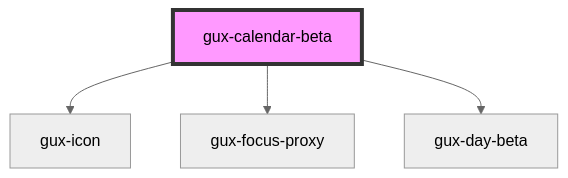
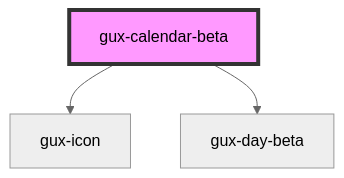
The diagram in packages/genesys-spark-components/src/components/beta/gux-calendar-beta/readme.md (MyPureCloud/genesys-spark), drawn with Mermaid (neutral theme) before and after one commit. The commit also changed other lines of this file and 4 other files, not shown here.

````diff
--- a/packages/genesys-spark-components/src/components/beta/gux-calendar-beta/readme.md
+++ b/packages/genesys-spark-components/src/components/beta/gux-calendar-beta/readme.md
@@ -17,7 +36,6 @@
 ```mermaid
 graph TD;
   gux-calendar-beta --> gux-icon
-  gux-calendar-beta --> gux-focus-proxy
   gux-calendar-beta --> gux-day-beta
   style gux-calendar-beta fill:#f9f,stroke:#333,stroke-width:4px
 ```
````
